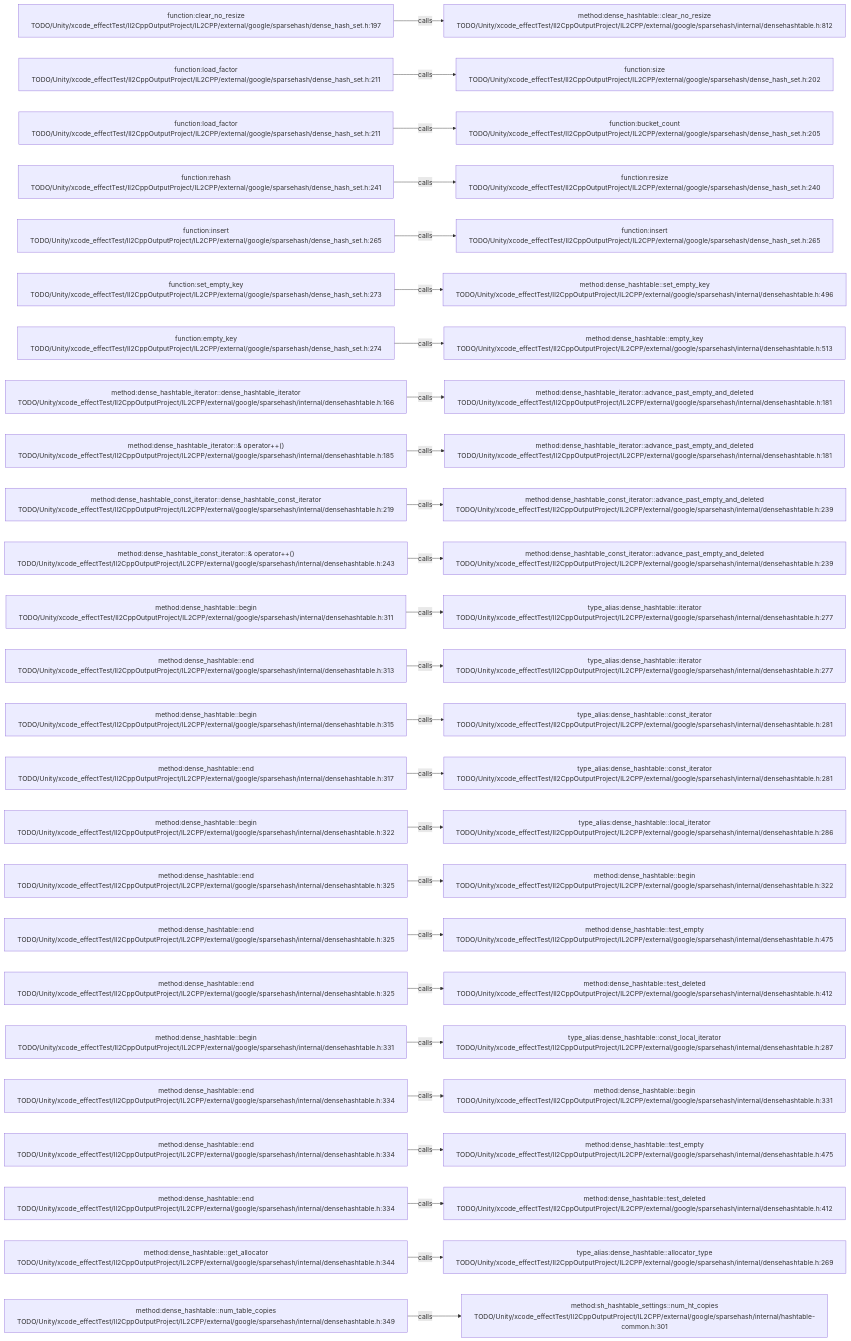
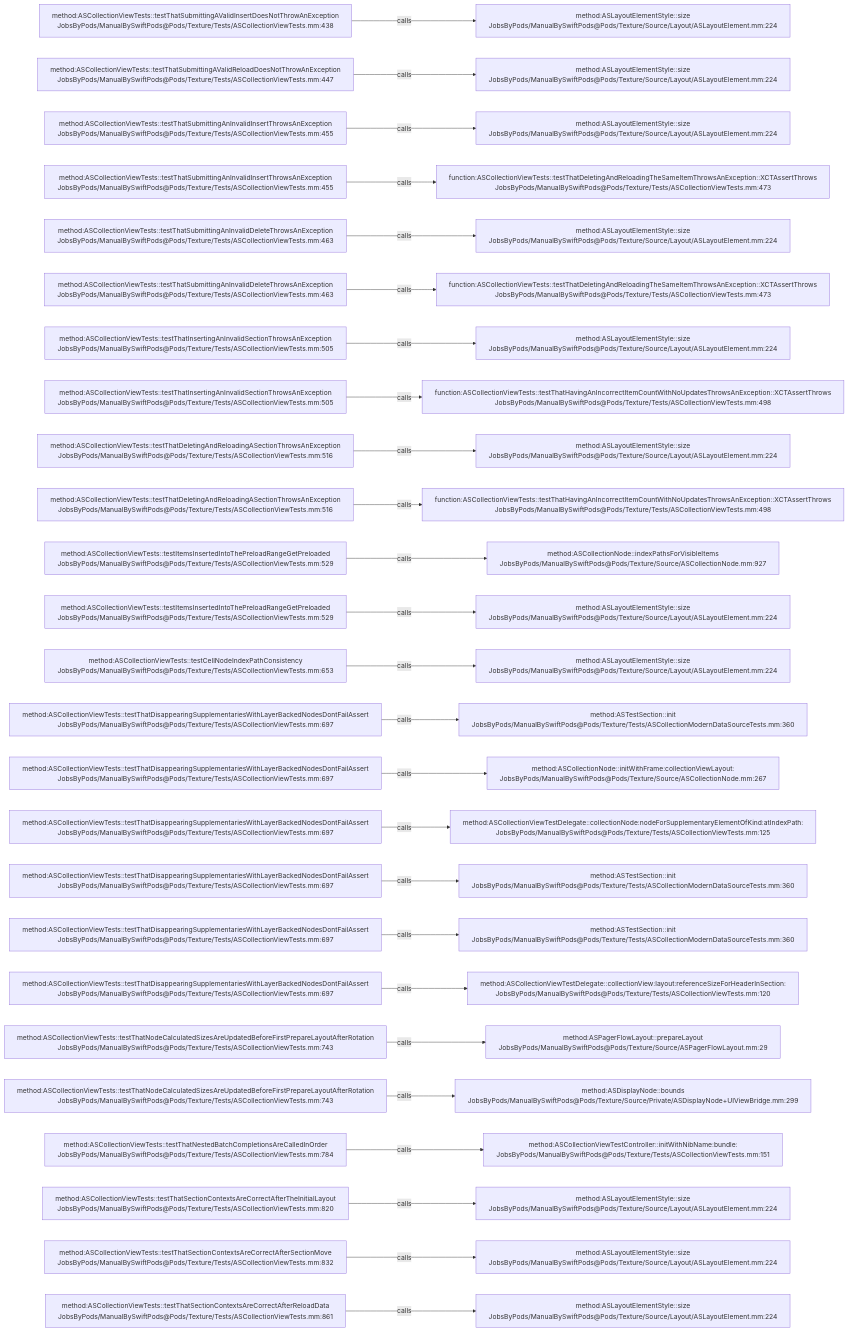
The diagram in .codegraph/codegraph.md/graphs/calls-191.md (JobsKits/JobsSwiftBaseConfigDemo), drawn with Mermaid before and after one commit. The commit also changed 2959 other files, not shown here.

````diff
--- a/.codegraph/codegraph.md/graphs/calls-191.md
+++ b/.codegraph/codegraph.md/graphs/calls-191.md
@@ -13,78 +13,78 @@
 ```mermaid
 flowchart LR
-  S1["function:clear_no_resize<br/>TODO/Unity/xcode_effectTest/Il2CppOutputProject/IL2CPP/external/google/sparsehash/dense_hash_set.h:197"]
-  T1["method:dense_hashtable::clear_no_resize<br/>TODO/Unity/xcode_effectTest/Il2CppOutputProject/IL2CPP/external/google/sparsehash/internal/densehashtable.h:812"]
+  S1["method:ASCollectionViewTests::testThatSubmittingAValidInsertDoesNotThrowAnException<br/>JobsByPods/ManualBySwiftPods@Pods/Texture/Tests/ASCollectionViewTests.mm:438"]
+  T1["method:ASLayoutElementStyle::size<br/>JobsByPods/ManualBySwiftPods@Pods/Texture/Source/Layout/ASLayoutElement.mm:224"]
   S1 -->|calls| T1
-  S2["function:load_factor<br/>TODO/Unity/xcode_effectTest/Il2CppOutputProject/IL2CPP/external/google/sparsehash/dense_hash_set.h:211"]
-  T2["function:size<br/>TODO/Unity/xcode_effectTest/Il2CppOutputProject/IL2CPP/external/google/sparsehash/dense_hash_set.h:202"]
+  S2["method:ASCollectionViewTests::testThatSubmittingAValidReloadDoesNotThrowAnException<br/>JobsByPods/ManualBySwiftPods@Pods/Texture/Tests/ASCollectionViewTests.mm:447"]
+  T2["method:ASLayoutElementStyle::size<br/>JobsByPods/ManualBySwiftPods@Pods/Texture/Source/Layout/ASLayoutElement.mm:224"]
   S2 -->|calls| T2
-  S3["function:load_factor<br/>TODO/Unity/xcode_effectTest/Il2CppOutputProject/IL2CPP/external/google/sparsehash/dense_hash_set.h:211"]
-  T3["function:bucket_count<br/>TODO/Unity/xcode_effectTest/Il2CppOutputProject/IL2CPP/external/google/sparsehash/dense_hash_set.h:205"]
+  S3["method:ASCollectionViewTests::testThatSubmittingAnInvalidInsertThrowsAnException<br/>JobsByPods/ManualBySwiftPods@Pods/Texture/Tests/ASCollectionViewTests.mm:455"]
+  T3["method:ASLayoutElementStyle::size<br/>JobsByPods/ManualBySwiftPods@Pods/Texture/Source/Layout/ASLayoutElement.mm:224"]
   S3 -->|calls| T3
-  S4["function:rehash<br/>TODO/Unity/xcode_effectTest/Il2CppOutputProject/IL2CPP/external/google/sparsehash/dense_hash_set.h:241"]
-  T4["function:resize<br/>TODO/Unity/xcode_effectTest/Il2CppOutputProject/IL2CPP/external/google/sparsehash/dense_hash_set.h:240"]
+  S4["method:ASCollectionViewTests::testThatSubmittingAnInvalidInsertThrowsAnException<br/>JobsByPods/ManualBySwiftPods@Pods/Texture/Tests/ASCollectionViewTests.mm:455"]
+  T4["function:ASCollectionViewTests::testThatDeletingAndReloadingTheSameItemThrowsAnException::XCTAssertThrows<br/>JobsByPods/ManualBySwiftPods@Pods/Texture/Tests/ASCollectionViewTests.mm:473"]
   S4 -->|calls| T4
-  S5["function:insert<br/>TODO/Unity/xcode_effectTest/Il2CppOutputProject/IL2CPP/external/google/sparsehash/dense_hash_set.h:265"]
-  T5["function:insert<br/>TODO/Unity/xcode_effectTest/Il2CppOutputProject/IL2CPP/external/google/sparsehash/dense_hash_set.h:265"]
+  S5["method:ASCollectionViewTests::testThatSubmittingAnInvalidDeleteThrowsAnException<br/>JobsByPods/ManualBySwiftPods@Pods/Texture/Tests/ASCollectionViewTests.mm:463"]
+  T5["method:ASLayoutElementStyle::size<br/>JobsByPods/ManualBySwiftPods@Pods/Texture/Source/Layout/ASLayoutElement.mm:224"]
   S5 -->|calls| T5
-  S6["function:set_empty_key<br/>TODO/Unity/xcode_effectTest/Il2CppOutputProject/IL2CPP/external/google/sparsehash/dense_hash_set.h:273"]
-  T6["method:dense_hashtable::set_empty_key<br/>TODO/Unity/xcode_effectTest/Il2CppOutputProject/IL2CPP/external/google/sparsehash/internal/densehashtable.h:496"]
+  S6["method:ASCollectionViewTests::testThatSubmittingAnInvalidDeleteThrowsAnException<br/>JobsByPods/ManualBySwiftPods@Pods/Texture/Tests/ASCollectionViewTests.mm:463"]
+  T6["function:ASCollectionViewTests::testThatDeletingAndReloadingTheSameItemThrowsAnException::XCTAssertThrows<br/>JobsByPods/ManualBySwiftPods@Pods/Texture/Tests/ASCollectionViewTests.mm:473"]
   S6 -->|calls| T6
-  S7["function:empty_key<br/>TODO/Unity/xcode_effectTest/Il2CppOutputProject/IL2CPP/external/google/sparsehash/dense_hash_set.h:274"]
-  T7["method:dense_hashtable::empty_key<br/>TODO/Unity/xcode_effectTest/Il2CppOutputProject/IL2CPP/external/google/sparsehash/internal/densehashtable.h:513"]
+  S7["method:ASCollectionViewTests::testThatInsertingAnInvalidSectionThrowsAnException<br/>JobsByPods/ManualBySwiftPods@Pods/Texture/Tests/ASCollectionViewTests.mm:505"]
+  T7["method:ASLayoutElementStyle::size<br/>JobsByPods/ManualBySwiftPods@Pods/Texture/Source/Layout/ASLayoutElement.mm:224"]
   S7 -->|calls| T7
-  S8["method:dense_hashtable_iterator::dense_hashtable_iterator<br/>TODO/Unity/xcode_effectTest/Il2CppOutputProject/IL2CPP/external/google/sparsehash/internal/densehashtable.h:166"]
-  T8["method:dense_hashtable_iterator::advance_past_empty_and_deleted<br/>TODO/Unity/xcode_effectTest/Il2CppOutputProject/IL2CPP/external/google/sparsehash/internal/densehashtable.h:181"]
+  S8["method:ASCollectionViewTests::testThatInsertingAnInvalidSectionThrowsAnException<br/>JobsByPods/ManualBySwiftPods@Pods/Texture/Tests/ASCollectionViewTests.mm:505"]
+  T8["function:ASCollectionViewTests::testThatHavingAnIncorrectItemCountWithNoUpdatesThrowsAnException::XCTAssertThrows<br/>JobsByPods/ManualBySwiftPods@Pods/Texture/Tests/ASCollectionViewTests.mm:498"]
   S8 -->|calls| T8
-  S9["method:dense_hashtable_iterator::& operator++()<br/>TODO/Unity/xcode_effectTest/Il2CppOutputProject/IL2CPP/external/google/sparsehash/internal/densehashtable.h:185"]
-  T9["method:dense_hashtable_iterator::advance_past_empty_and_deleted<br/>TODO/Unity/xcode_effectTest/Il2CppOutputProject/IL2CPP/external/google/sparsehash/internal/densehashtable.h:181"]
+  S9["method:ASCollectionViewTests::testThatDeletingAndReloadingASectionThrowsAnException<br/>JobsByPods/ManualBySwiftPods@Pods/Texture/Tests/ASCollectionViewTests.mm:516"]
+  T9["method:ASLayoutElementStyle::size<br/>JobsByPods/ManualBySwiftPods@Pods/Texture/Source/Layout/ASLayoutElement.mm:224"]
   S9 -->|calls| T9
-  S10["method:dense_hashtable_const_iterator::dense_hashtable_const_iterator<br/>TODO/Unity/xcode_effectTest/Il2CppOutputProject/IL2CPP/external/google/sparsehash/internal/densehashtable.h:219"]
-  T10["method:dense_hashtable_const_iterator::advance_past_empty_and_deleted<br/>TODO/Unity/xcode_effectTest/Il2CppOutputProject/IL2CPP/external/google/sparsehash/internal/densehashtable.h:239"]
+  S10["method:ASCollectionViewTests::testThatDeletingAndReloadingASectionThrowsAnException<br/>JobsByPods/ManualBySwiftPods@Pods/Texture/Tests/ASCollectionViewTests.mm:516"]
+  T10["function:ASCollectionViewTests::testThatHavingAnIncorrectItemCountWithNoUpdatesThrowsAnException::XCTAssertThrows<br/>JobsByPods/ManualBySwiftPods@Pods/Texture/Tests/ASCollectionViewTests.mm:498"]
   S10 -->|calls| T10
-  S11["method:dense_hashtable_const_iterator::& operator++()<br/>TODO/Unity/xcode_effectTest/Il2CppOutputProject/IL2CPP/external/google/sparsehash/internal/densehashtable.h:243"]
-  T11["method:dense_hashtable_const_iterator::advance_past_empty_and_deleted<br/>TODO/Unity/xcode_effectTest/Il2CppOutputProject/IL2CPP/external/google/sparsehash/internal/densehashtable.h:239"]
+  S11["method:ASCollectionViewTests::testItemsInsertedIntoThePreloadRangeGetPreloaded<br/>JobsByPods/ManualBySwiftPods@Pods/Texture/Tests/ASCollectionViewTests.mm:529"]
+  T11["method:ASCollectionNode::indexPathsForVisibleItems<br/>JobsByPods/ManualBySwiftPods@Pods/Texture/Source/ASCollectionNode.mm:927"]
   S11 -->|calls| T11
-  S12["method:dense_hashtable::begin<br/>TODO/Unity/xcode_effectTest/Il2CppOutputProject/IL2CPP/external/google/sparsehash/internal/densehashtable.h:311"]
-  T12["type_alias:dense_hashtable::iterator<br/>TODO/Unity/xcode_effectTest/Il2CppOutputProject/IL2CPP/external/google/sparsehash/internal/densehashtable.h:277"]
+  S12["method:ASCollectionViewTests::testItemsInsertedIntoThePreloadRangeGetPreloaded<br/>JobsByPods/ManualBySwiftPods@Pods/Texture/Tests/ASCollectionViewTests.mm:529"]
+  T12["method:ASLayoutElementStyle::size<br/>JobsByPods/ManualBySwiftPods@Pods/Texture/Source/Layout/ASLayoutElement.mm:224"]
   S12 -->|calls| T12
-  S13["method:dense_hashtable::end<br/>TODO/Unity/xcode_effectTest/Il2CppOutputProject/IL2CPP/external/google/sparsehash/internal/densehashtable.h:313"]
-  T13["type_alias:dense_hashtable::iterator<br/>TODO/Unity/xcode_effectTest/Il2CppOutputProject/IL2CPP/external/google/sparsehash/internal/densehashtable.h:277"]
+  S13["method:ASCollectionViewTests::testCellNodeIndexPathConsistency<br/>JobsByPods/ManualBySwiftPods@Pods/Texture/Tests/ASCollectionViewTests.mm:653"]
+  T13["method:ASLayoutElementStyle::size<br/>JobsByPods/ManualBySwiftPods@Pods/Texture/Source/Layout/ASLayoutElement.mm:224"]
   S13 -->|calls| T13
-  S14["method:dense_hashtable::begin<br/>TODO/Unity/xcode_effectTest/Il2CppOutputProject/IL2CPP/external/google/sparsehash/internal/densehashtable.h:315"]
-  T14["type_alias:dense_hashtable::const_iterator<br/>TODO/Unity/xcode_effectTest/Il2CppOutputProject/IL2CPP/external/google/sparsehash/internal/densehashtable.h:281"]
+  S14["method:ASCollectionViewTests::testThatDisappearingSupplementariesWithLayerBackedNodesDontFailAssert<br/>JobsByPods/ManualBySwiftPods@Pods/Texture/Tests/ASCollectionViewTests.mm:697"]
+  T14["method:ASTestSection::init<br/>JobsByPods/ManualBySwiftPods@Pods/Texture/Tests/ASCollectionModernDataSourceTests.mm:360"]
   S14 -->|calls| T14
-  S15["method:dense_hashtable::end<br/>TODO/Unity/xcode_effectTest/Il2CppOutputProject/IL2CPP/external/google/sparsehash/internal/densehashtable.h:317"]
-  T15["type_alias:dense_hashtable::const_iterator<br/>TODO/Unity/xcode_effectTest/Il2CppOutputProject/IL2CPP/external/google/sparsehash/internal/densehashtable.h:281"]
+  S15["method:ASCollectionViewTests::testThatDisappearingSupplementariesWithLayerBackedNodesDontFailAssert<br/>JobsByPods/ManualBySwiftPods@Pods/Texture/Tests/ASCollectionViewTests.mm:697"]
+  T15["method:ASCollectionNode::initWithFrame:collectionViewLayout:<br/>JobsByPods/ManualBySwiftPods@Pods/Texture/Source/ASCollectionNode.mm:267"]
   S15 -->|calls| T15
-  S16["method:dense_hashtable::begin<br/>TODO/Unity/xcode_effectTest/Il2CppOutputProject/IL2CPP/external/google/sparsehash/internal/densehashtable.h:322"]
-  T16["type_alias:dense_hashtable::local_iterator<br/>TODO/Unity/xcode_effectTest/Il2CppOutputProject/IL2CPP/external/google/sparsehash/internal/densehashtable.h:286"]
+  S16["method:ASCollectionViewTests::testThatDisappearingSupplementariesWithLayerBackedNodesDontFailAssert<br/>JobsByPods/ManualBySwiftPods@Pods/Texture/Tests/ASCollectionViewTests.mm:697"]
+  T16["method:ASCollectionViewTestDelegate::collectionNode:nodeForSupplementaryElementOfKind:atIndexPath:<br/>JobsByPods/ManualBySwiftPods@Pods/Texture/Tests/ASCollectionViewTests.mm:125"]
   S16 -->|calls| T16
-  S17["method:dense_hashtable::end<br/>TODO/Unity/xcode_effectTest/Il2CppOutputProject/IL2CPP/external/google/sparsehash/internal/densehashtable.h:325"]
-  T17["method:dense_hashtable::begin<br/>TODO/Unity/xcode_effectTest/Il2CppOutputProject/IL2CPP/external/google/sparsehash/internal/densehashtable.h:322"]
+  S17["method:ASCollectionViewTests::testThatDisappearingSupplementariesWithLayerBackedNodesDontFailAssert<br/>JobsByPods/ManualBySwiftPods@Pods/Texture/Tests/ASCollectionViewTests.mm:697"]
+  T17["method:ASTestSection::init<br/>JobsByPods/ManualBySwiftPods@Pods/Texture/Tests/ASCollectionModernDataSourceTests.mm:360"]
   S17 -->|calls| T17
-  S18["method:dense_hashtable::end<br/>TODO/Unity/xcode_effectTest/Il2CppOutputProject/IL2CPP/external/google/sparsehash/internal/densehashtable.h:325"]
-  T18["method:dense_hashtable::test_empty<br/>TODO/Unity/xcode_effectTest/Il2CppOutputProject/IL2CPP/external/google/sparsehash/internal/densehashtable.h:475"]
+  S18["method:ASCollectionViewTests::testThatDisappearingSupplementariesWithLayerBackedNodesDontFailAssert<br/>JobsByPods/ManualBySwiftPods@Pods/Texture/Tests/ASCollectionViewTests.mm:697"]
+  T18["method:ASTestSection::init<br/>JobsByPods/ManualBySwiftPods@Pods/Texture/Tests/ASCollectionModernDataSourceTests.mm:360"]
   S18 -->|calls| T18
-  S19["method:dense_hashtable::end<br/>TODO/Unity/xcode_effectTest/Il2CppOutputProject/IL2CPP/external/google/sparsehash/internal/densehashtable.h:325"]
-  T19["method:dense_hashtable::test_deleted<br/>TODO/Unity/xcode_effectTest/Il2CppOutputProject/IL2CPP/external/google/sparsehash/internal/densehashtable.h:412"]
+  S19["method:ASCollectionViewTests::testThatDisappearingSupplementariesWithLayerBackedNodesDontFailAssert<br/>JobsByPods/ManualBySwiftPods@Pods/Texture/Tests/ASCollectionViewTests.mm:697"]
+  T19["method:ASCollectionViewTestDelegate::collectionView:layout:referenceSizeForHeaderInSection:<br/>JobsByPods/ManualBySwiftPods@Pods/Texture/Tests/ASCollectionViewTests.mm:120"]
   S19 -->|calls| T19
-  S20["method:dense_hashtable::begin<br/>TODO/Unity/xcode_effectTest/Il2CppOutputProject/IL2CPP/external/google/sparsehash/internal/densehashtable.h:331"]
-  T20["type_alias:dense_hashtable::const_local_iterator<br/>TODO/Unity/xcode_effectTest/Il2CppOutputProject/IL2CPP/external/google/sparsehash/internal/densehashtable.h:287"]
+  S20["method:ASCollectionViewTests::testThatNodeCalculatedSizesAreUpdatedBeforeFirstPrepareLayoutAfterRotation<br/>JobsByPods/ManualBySwiftPods@Pods/Texture/Tests/ASCollectionViewTests.mm:743"]
+  T20["method:ASPagerFlowLayout::prepareLayout<br/>JobsByPods/ManualBySwiftPods@Pods/Texture/Source/ASPagerFlowLayout.mm:29"]
   S20 -->|calls| T20
-  S21["method:dense_hashtable::end<br/>TODO/Unity/xcode_effectTest/Il2CppOutputProject/IL2CPP/external/google/sparsehash/internal/densehashtable.h:334"]
-  T21["method:dense_hashtable::begin<br/>TODO/Unity/xcode_effectTest/Il2CppOutputProject/IL2CPP/external/google/sparsehash/internal/densehashtable.h:331"]
+  S21["method:ASCollectionViewTests::testThatNodeCalculatedSizesAreUpdatedBeforeFirstPrepareLayoutAfterRotation<br/>JobsByPods/ManualBySwiftPods@Pods/Texture/Tests/ASCollectionViewTests.mm:743"]
+  T21["method:ASDisplayNode::bounds<br/>JobsByPods/ManualBySwiftPods@Pods/Texture/Source/Private/ASDisplayNode+UIViewBridge.mm:299"]
   S21 -->|calls| T21
-  S22["method:dense_hashtable::end<br/>TODO/Unity/xcode_effectTest/Il2CppOutputProject/IL2CPP/external/google/sparsehash/internal/densehashtable.h:334"]
-  T22["method:dense_hashtable::test_empty<br/>TODO/Unity/xcode_effectTest/Il2CppOutputProject/IL2CPP/external/google/sparsehash/internal/densehashtable.h:475"]
+  S22["method:ASCollectionViewTests::testThatNestedBatchCompletionsAreCalledInOrder<br/>JobsByPods/ManualBySwiftPods@Pods/Texture/Tests/ASCollectionViewTests.mm:784"]
+  T22["method:ASCollectionViewTestController::initWithNibName:bundle:<br/>JobsByPods/ManualBySwiftPods@Pods/Texture/Tests/ASCollectionViewTests.mm:151"]
   S22 -->|calls| T22
-  S23["method:dense_hashtable::end<br/>TODO/Unity/xcode_effectTest/Il2CppOutputProject/IL2CPP/external/google/sparsehash/internal/densehashtable.h:334"]
-  T23["method:dense_hashtable::test_deleted<br/>TODO/Unity/xcode_effectTest/Il2CppOutputProject/IL2CPP/external/google/sparsehash/internal/densehashtable.h:412"]
+  S23["method:ASCollectionViewTests::testThatSectionContextsAreCorrectAfterTheInitialLayout<br/>JobsByPods/ManualBySwiftPods@Pods/Texture/Tests/ASCollectionViewTests.mm:820"]
+  T23["method:ASLayoutElementStyle::size<br/>JobsByPods/ManualBySwiftPods@Pods/Texture/Source/Layout/ASLayoutElement.mm:224"]
   S23 -->|calls| T23
-  S24["method:dense_hashtable::get_allocator<br/>TODO/Unity/xcode_effectTest/Il2CppOutputProject/IL2CPP/external/google/sparsehash/internal/densehashtable.h:344"]
-  T24["type_alias:dense_hashtable::allocator_type<br/>TODO/Unity/xcode_effectTest/Il2CppOutputProject/IL2CPP/external/google/sparsehash/internal/densehashtable.h:269"]
+  S24["method:ASCollectionViewTests::testThatSectionContextsAreCorrectAfterSectionMove<br/>JobsByPods/ManualBySwiftPods@Pods/Texture/Tests/ASCollectionViewTests.mm:832"]
+  T24["method:ASLayoutElementStyle::size<br/>JobsByPods/ManualBySwiftPods@Pods/Texture/Source/Layout/ASLayoutElement.mm:224"]
   S24 -->|calls| T24
-  S25["method:dense_hashtable::num_table_copies<br/>TODO/Unity/xcode_effectTest/Il2CppOutputProject/IL2CPP/external/google/sparsehash/internal/densehashtable.h:349"]
-  T25["method:sh_hashtable_settings::num_ht_copies<br/>TODO/Unity/xcode_effectTest/Il2CppOutputProject/IL2CPP/external/google/sparsehash/internal/hashtable-common.h:301"]
+  S25["method:ASCollectionViewTests::testThatSectionContextsAreCorrectAfterReloadData<br/>JobsByPods/ManualBySwiftPods@Pods/Texture/Tests/ASCollectionViewTests.mm:861"]
+  T25["method:ASLayoutElementStyle::size<br/>JobsByPods/ManualBySwiftPods@Pods/Texture/Source/Layout/ASLayoutElement.mm:224"]
   S25 -->|calls| T25
 ```
````
